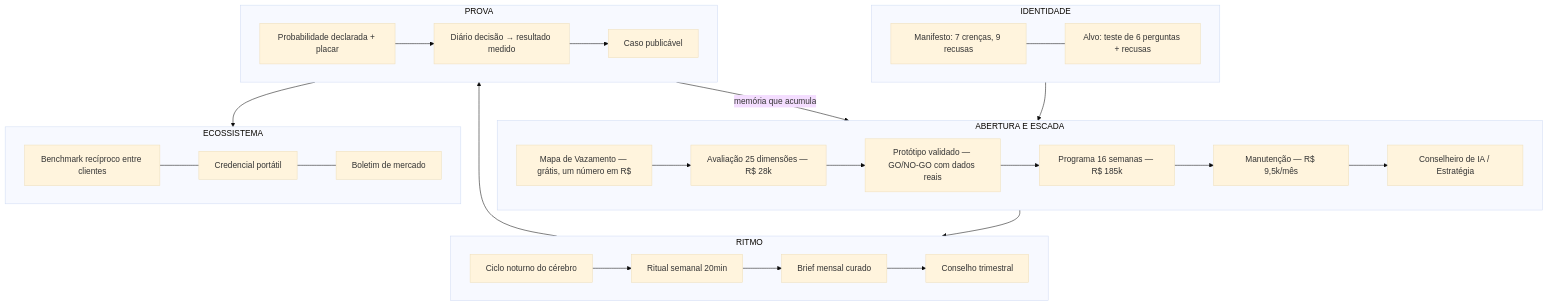
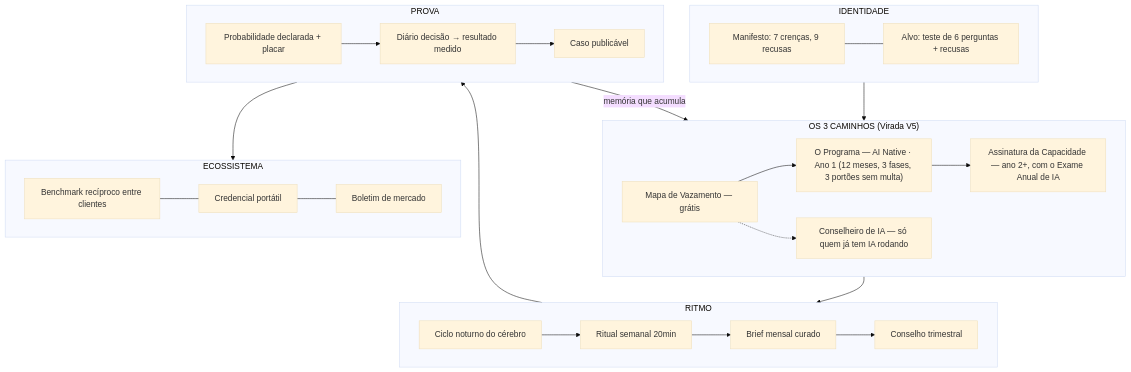
One commit to DanielMoraesCoca/abba-ops changed the diagram in 00-identidade/mapa-da-abba.md. Above: the diagram before and after it, drawn with Mermaid (base theme). The commit also changed other lines of this file and 14 other files, not shown here.

````diff
--- a/00-identidade/mapa-da-abba.md
+++ b/00-identidade/mapa-da-abba.md
@@ -19,26 +19,24 @@
 ```mermaid
 flowchart TD
     subgraph IDENTIDADE
         M[Manifesto: 7 crenças, 9 recusas] --- A[Alvo: teste de 6 perguntas + recusas]
     end
-    subgraph FUNIL["ABERTURA E ESCADA"]
-        MV[Mapa de Vazamento — grátis, um número em R$] --> AV[Avaliação 25 dimensões — R$ 28k]
-        AV --> PT[Protótipo validado — GO/NO-GO com dados reais]
-        PT --> PR[Programa 16 semanas — R$ 185k]
-        PR --> MA[Manutenção — R$ 9,5k/mês]
-        MA --> CO[Conselheiro de IA / Estratégia]
+    subgraph FUNIL["OS 3 CAMINHOS (Virada V5)"]
+        MV[Mapa de Vazamento — grátis] --> PR["O Programa — AI Native · Ano 1 (12 meses, 3 fases, 3 portões sem multa)"]
+        PR --> AS[Assinatura da Capacidade — ano 2+, com o Exame Anual de IA]
+        MV -.-> CO[Conselheiro de IA — só quem já tem IA rodando]
     end
     subgraph RITMO
         S[Ritual semanal 20min] --> BM[Brief mensal curado] --> CT[Conselho trimestral] 
         N[Ciclo noturno do cérebro] --> S
     end
     subgraph PROVA
         D[Diário decisão → resultado medido] --> PC[Caso publicável]
         CAL[Probabilidade declarada + placar] --> D
     end
     subgraph ECOSSISTEMA
         BE[Benchmark recíproco entre clientes] --- CR[Credencial portátil] --- BO[Boletim de mercado]
     end
     IDENTIDADE --> FUNIL --> RITMO --> PROVA --> ECOSSISTEMA
     PROVA -->|memória que acumula| FUNIL
 ```
````
